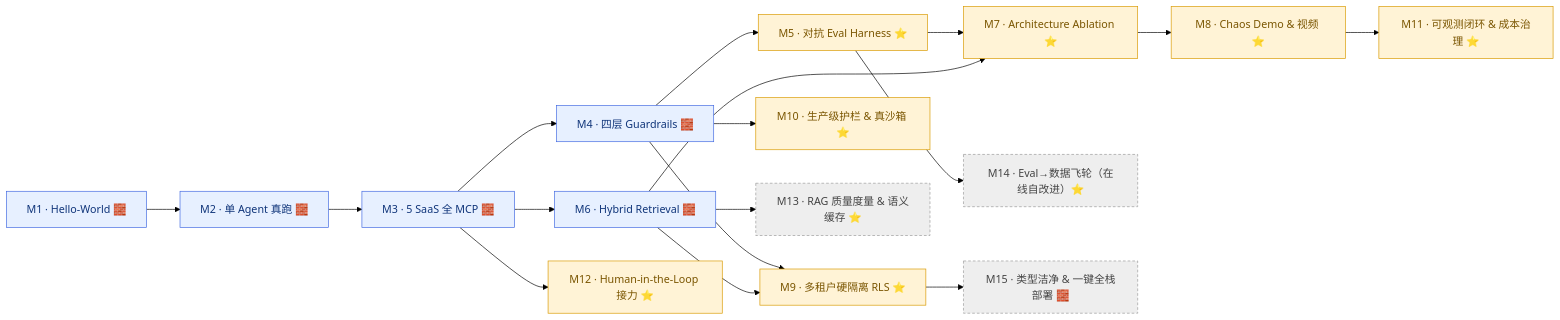
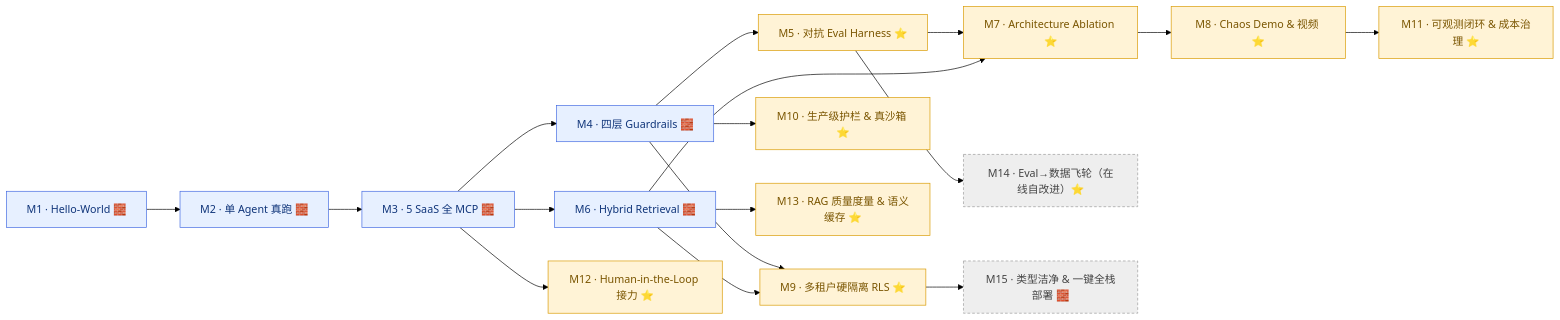
One commit to AndyUneducated/resolve-ai changed the diagram in docs/roadmap.md. Above: the diagram before and after it, drawn with Mermaid (forest theme). The commit also changed other lines of this file and 11 other files, not shown here.

````diff
--- a/docs/roadmap.md
+++ b/docs/roadmap.md
@@ -22,26 +22,26 @@
 ```mermaid
 flowchart LR
   M1["M1 · Hello-World 🧱"] --> M2["M2 · 单 Agent 真跑 🧱"]
   M2 --> M3["M3 · 5 SaaS 全 MCP 🧱"]
   M3 --> M4["M4 · 四层 Guardrails 🧱"]
   M4 --> M5["M5 · 对抗 Eval Harness ⭐"]
   M3 --> M6["M6 · Hybrid Retrieval 🧱"]
   M5 --> M7["M7 · Architecture Ablation ⭐"]
   M6 --> M7
   M7 --> M8["M8 · Chaos Demo & 视频 ⭐"]
   M4 --> M9["M9 · 多租户硬隔离 RLS ⭐"]
   M6 --> M9
   %% ---- Phase 2（规划中）----
   M4 --> M10["M10 · 生产级护栏 & 真沙箱 ⭐"]
   M8 --> M11["M11 · 可观测闭环 & 成本治理 ⭐"]
   M3 --> M12["M12 · Human-in-the-Loop 接力 ⭐"]
   M6 --> M13["M13 · RAG 质量度量 & 语义缓存 ⭐"]
   M5 --> M14["M14 · Eval→数据飞轮（在线自改进）⭐"]
   M9 --> M15["M15 · 类型洁净 & 一键全栈部署 🧱"]
   classDef base fill:#e7f0ff,stroke:#4169E1,color:#10357a;
   classDef star fill:#fff3d6,stroke:#d99a00,color:#7a5500;
   classDef plan fill:#eee,stroke:#999,color:#444,stroke-dasharray: 4 3;
   class M1,M2,M3,M4,M6 base;
-  class M5,M7,M8,M9,M10,M11,M12 star;
-  class M13,M14,M15 plan;
+  class M5,M7,M8,M9,M10,M11,M12,M13 star;
+  class M14,M15 plan;
 ```
````
